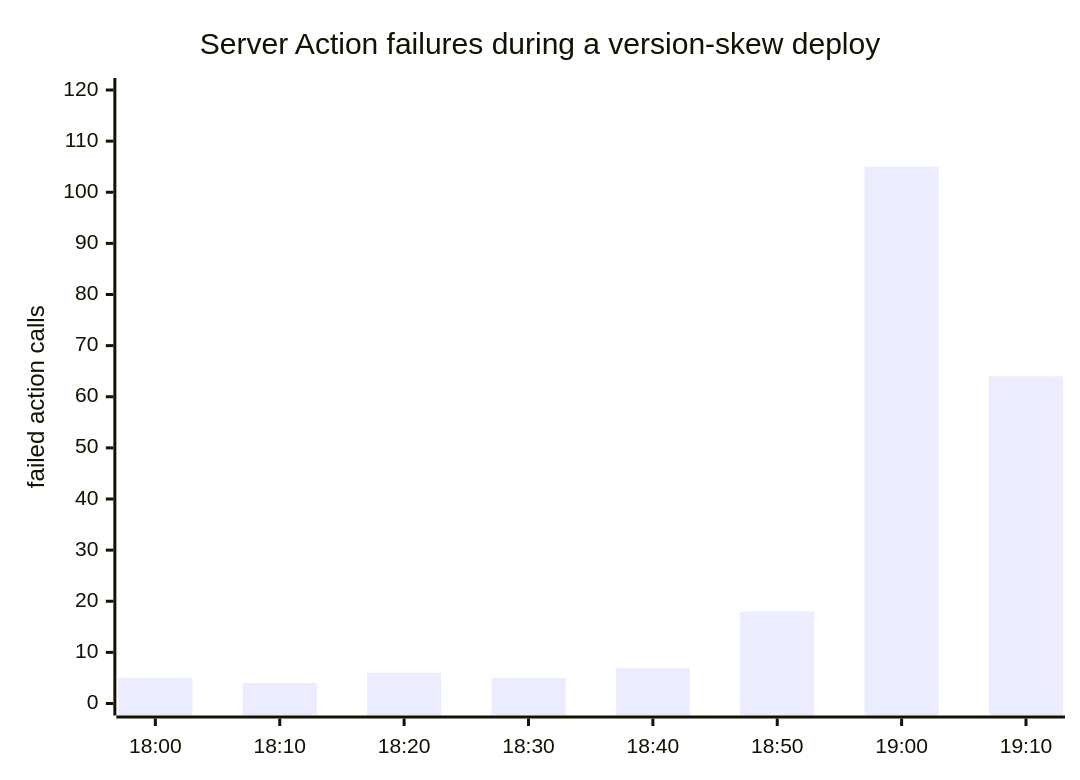
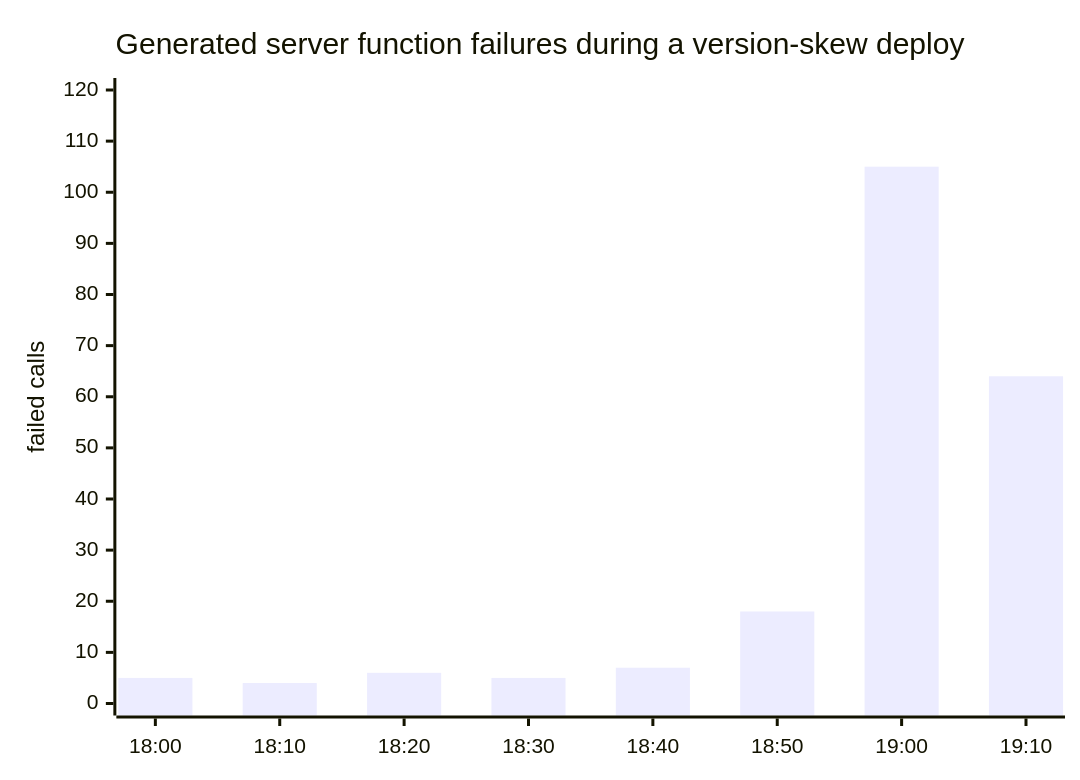
One commit to longlho/longlho.github.io changed the ninth of 12 diagrams in posts/next-server-actions.md. Above: the diagram before and after it, drawn with Mermaid. The commit also changed other lines of this file and 1 other file, not shown here.

Commit message:
Generalize server actions post around RSC

````diff
--- a/posts/next-server-actions.md
+++ b/posts/next-server-actions.md
@@ -232,7 +235,7 @@
 ```mermaid
 xychart-beta
-  title "Server Action failures during a version-skew deploy"
+  title "Generated server function failures during a version-skew deploy"
   x-axis ["18:00", "18:10", "18:20", "18:30", "18:40", "18:50", "19:00", "19:10"]
-  y-axis "failed action calls" 0 --> 120
+  y-axis "failed calls" 0 --> 120
   bar [5, 4, 6, 5, 7, 18, 105, 64]
 ```
````
